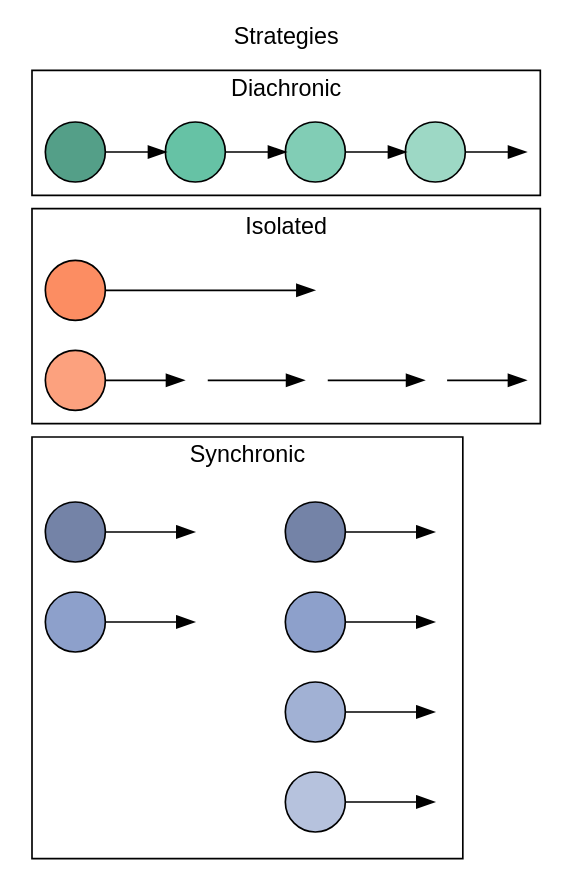
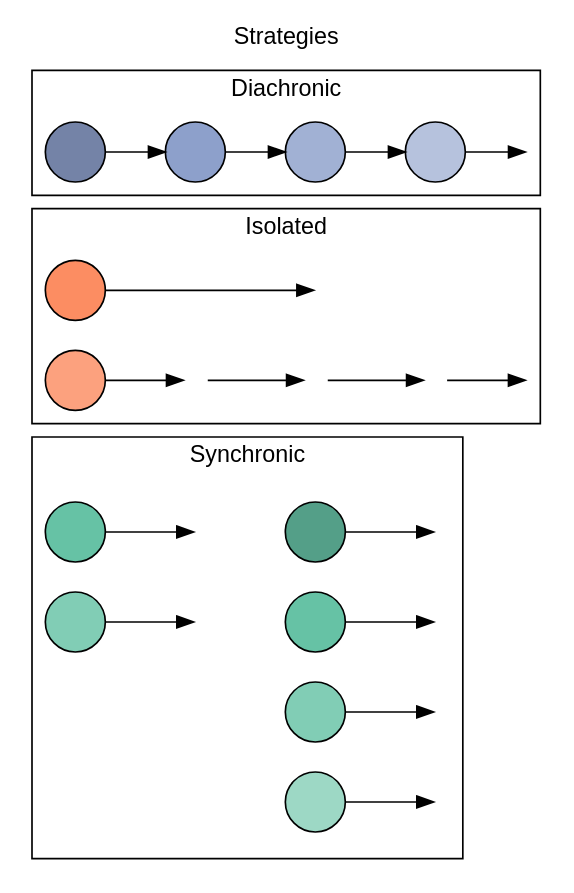
Before and after one commit to pedmiston/diachronic-teams: the diagram in totems/inst/extdata/team-structures-all.gv, drawn with Graphviz. The commit also changed 2 other files, not shown here.

```diff
--- a/totems/inst/extdata/team-structures-all.gv
+++ b/totems/inst/extdata/team-structures-all.gv
@@ -1,72 +1,72 @@
 digraph {
   rankdir=LR;
   label="Strategies";
   labelloc=t;
   fontname=helvetica;
   // bgcolor=transparent;
 
   node[fontname=helvetica; label=""; style=filled; shape=circle];
 
   // Set cluster order (top to bottom) by initializing
   // nodes in each cluster starting from bottom to top
   s1, solo, d1;
 
   // Colors are people
-  d1[fillcolor="#549F88"];
-  d2[fillcolor="#66C2A5"];
-  d3[fillcolor="#81CDB5"];
-  d4[fillcolor="#9DD8C5"];
-  s1[fillcolor="#7483A7"];
-  s2[fillcolor="#8DA0CB"];
-  s4_1[fillcolor="#7483A7"];
-  s4_2[fillcolor="#8DA0CB"];
-  s4_3[fillcolor="#A1B1D4"];
-  s4_4[fillcolor="#B6C2DD"];
+  s4_1[fillcolor="#549F88"];
+  s4_2[fillcolor="#66C2A5"];
+  s4_3[fillcolor="#81CDB5"];
+  s4_4[fillcolor="#9DD8C5"];
+  s1[fillcolor="#66C2A5"];
+  s2[fillcolor="#81CDB5"];
+  d1[fillcolor="#7483A7"];
+  d2[fillcolor="#8DA0CB"];
+  d3[fillcolor="#A1B1D4"];
+  d4[fillcolor="#B6C2DD"];
   solo[fillcolor="#FC8D62"];
   solo_s1[fillcolor="#FCA17E"];
 
   // Invisible last nodes
   dinv1, soloinv1, soloinv2, sinv1, sinv2, s4inv1, s4inv2, s4inv3, s4inv4[style=invis, width=0];
 
   subgraph cluster1 {
     label="Diachronic";
     d1 -> d2 -> d3 -> d4 -> dinv1;
   }
 
   subgraph cluster2 {
     label="Isolated";
     solo -> soloinv1[minlen=2];
     solo_s1 -> solo_s2 -> solo_s3 -> solo_s4 -> soloinv2;
 
     solo_s2, solo_s3, solo_s4[style=invis, width=0.2];
   }
 
   subgraph cluster3 {
     label="Synchronic";
     rankdir=TB;
 
     subgraph cluster3a {
       label="";
       margin = 0;
       style = invis;
       s1 -> sinv1;
       s2 -> sinv2;
     }
 
     subgraph cluster3b {
       label="";
       style = invis;
       s4_1 -> s4inv1;
       s4_2 -> s4inv2;
       s4_3 -> s4inv3;
       s4_4 -> s4inv4;
     }
 
     {edge[style=invis]
       {sinv1 sinv2} -> {s4_1 s4_2}
     }
 
 
   }
 
 }
```
